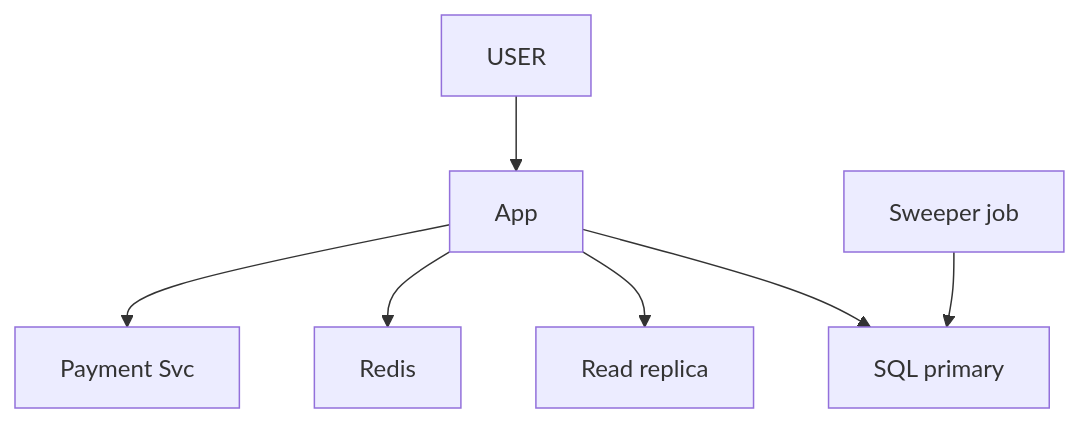
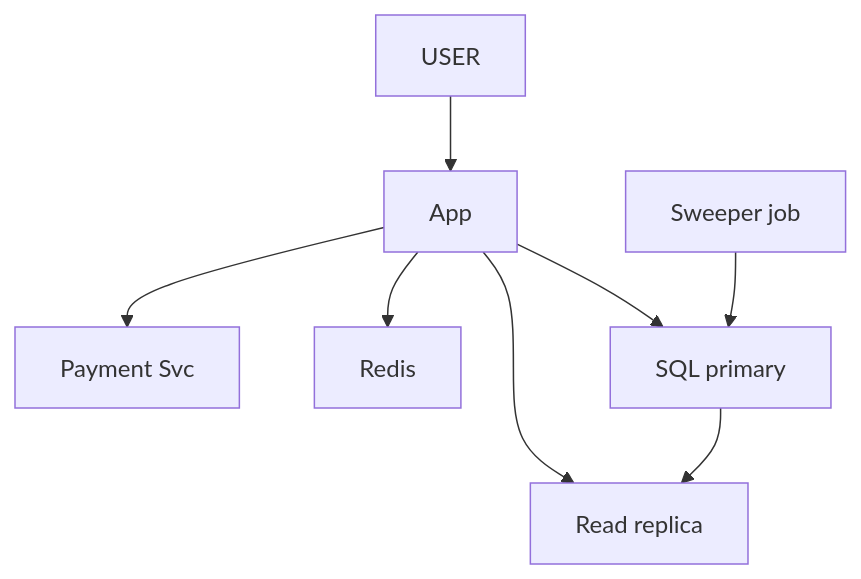
Before and after one commit to ArpanMaheshwari144/Prep: the fifth of 8 diagrams in 04_HLD/SYSTEM_DESIGNS/09_bookmyshow/09_bookmyshow_INTERVIEW.md, drawn with Mermaid. The commit also changed other lines of this file and 12 other files, not shown here.

````diff
--- a/04_HLD/SYSTEM_DESIGNS/09_bookmyshow/09_bookmyshow_INTERVIEW.md
+++ b/04_HLD/SYSTEM_DESIGNS/09_bookmyshow/09_bookmyshow_INTERVIEW.md
@@ -220,16 +220,17 @@
 ```mermaid
 flowchart TD
     n_USER["USER"]
     n_App["App"]
     n_Payment_Svc["Payment Svc"]
     n_Redis["Redis"]
     n_Read_replica["Read replica"]
     n_SQL_primary["SQL primary"]
     n_Sweeper_job["Sweeper job"]
     n_USER --> n_App
     n_App --> n_Payment_Svc
     n_App --> n_Redis
     n_App --> n_Read_replica
     n_App --> n_SQL_primary
     n_Sweeper_job --> n_SQL_primary
+    n_SQL_primary --> n_Read_replica
 ```
````
